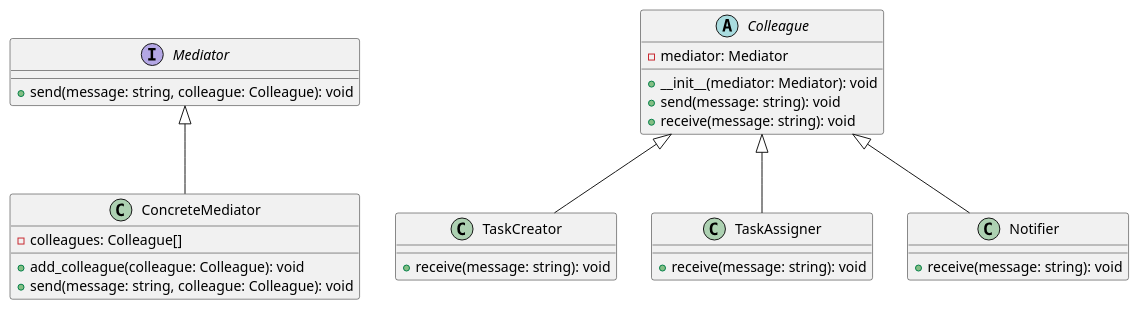
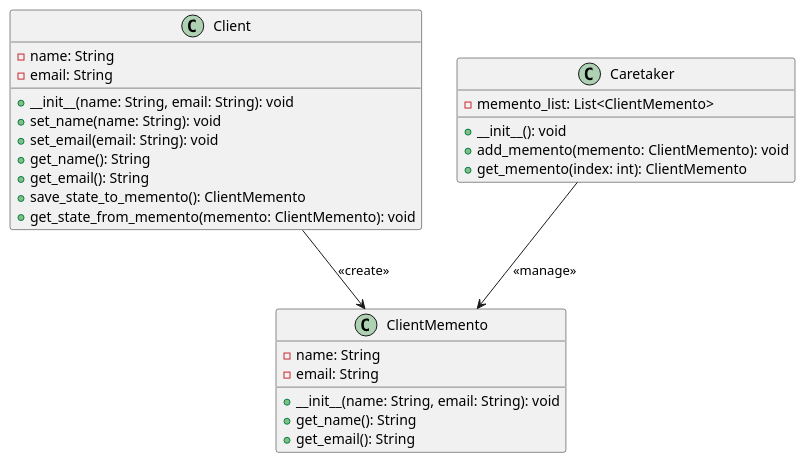
Before and after one commit to andrewovchinnikov/design-patterns: the diagram in klassifikaciya-patternov/povedencheskie-patterny-behavioral-patterns/mnemoniko-memento/primery/sistema-otmeny-deistvii-v-crm/python.md, drawn with PlantUML. The commit also changed other lines of this file and 96 other files, not shown here.

````diff
--- a/klassifikaciya-patternov/povedencheskie-patterny-behavioral-patterns/mnemoniko-memento/primery/sistema-otmeny-deistvii-v-crm/python.md
+++ b/klassifikaciya-patternov/povedencheskie-patterny-behavioral-patterns/mnemoniko-memento/primery/sistema-otmeny-deistvii-v-crm/python.md
@@ -115,39 +113,35 @@
 ```plantuml
 @startuml
 
-interface Mediator {
-    +send(message: string, colleague: Colleague): void
+class Client {
+    -name: String
+    -email: String
+    +__init__(name: String, email: String): void
+    +set_name(name: String): void
+    +set_email(email: String): void
+    +get_name(): String
+    +get_email(): String
+    +save_state_to_memento(): ClientMemento
+    +get_state_from_memento(memento: ClientMemento): void
 }
 
-abstract class Colleague {
-    -mediator: Mediator
-    +__init__(mediator: Mediator): void
-    +send(message: string): void
-    +receive(message: string): void
+class ClientMemento {
+    -name: String
+    -email: String
+    +__init__(name: String, email: String): void
+    +get_name(): String
+    +get_email(): String
 }
 
-class ConcreteMediator {
-    -colleagues: Colleague[]
-    +add_colleague(colleague: Colleague): void
-    +send(message: string, colleague: Colleague): void
+class Caretaker {
+    -memento_list: List<ClientMemento>
+    +__init__(): void
+    +add_memento(memento: ClientMemento): void
+    +get_memento(index: int): ClientMemento
 }
 
-class TaskCreator {
-    +receive(message: string): void
-}
-
-class TaskAssigner {
-    +receive(message: string): void
-}
-
-class Notifier {
-    +receive(message: string): void
-}
-
-Mediator <|-- ConcreteMediator
-Colleague <|-- TaskCreator
-Colleague <|-- TaskAssigner
-Colleague <|-- Notifier
+Client --> ClientMemento: <<create>>
+Caretaker --> ClientMemento: <<manage>>
 
 @enduml
 ```
````
